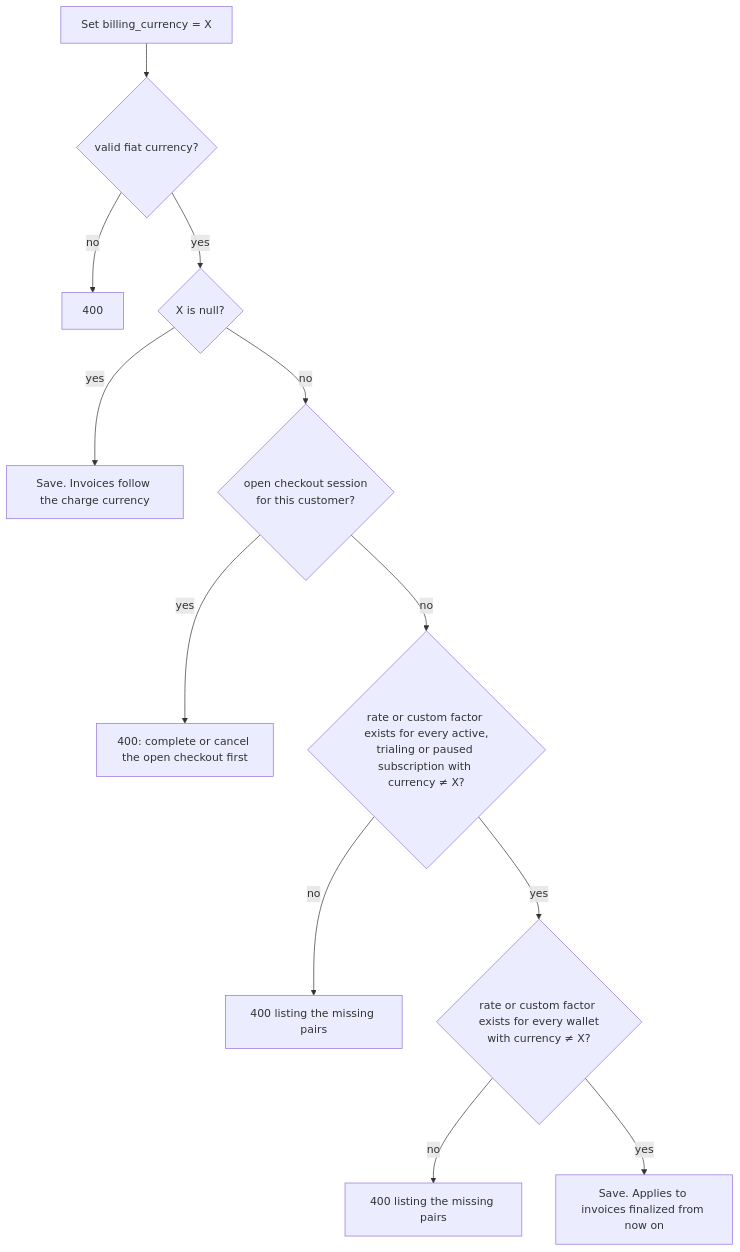
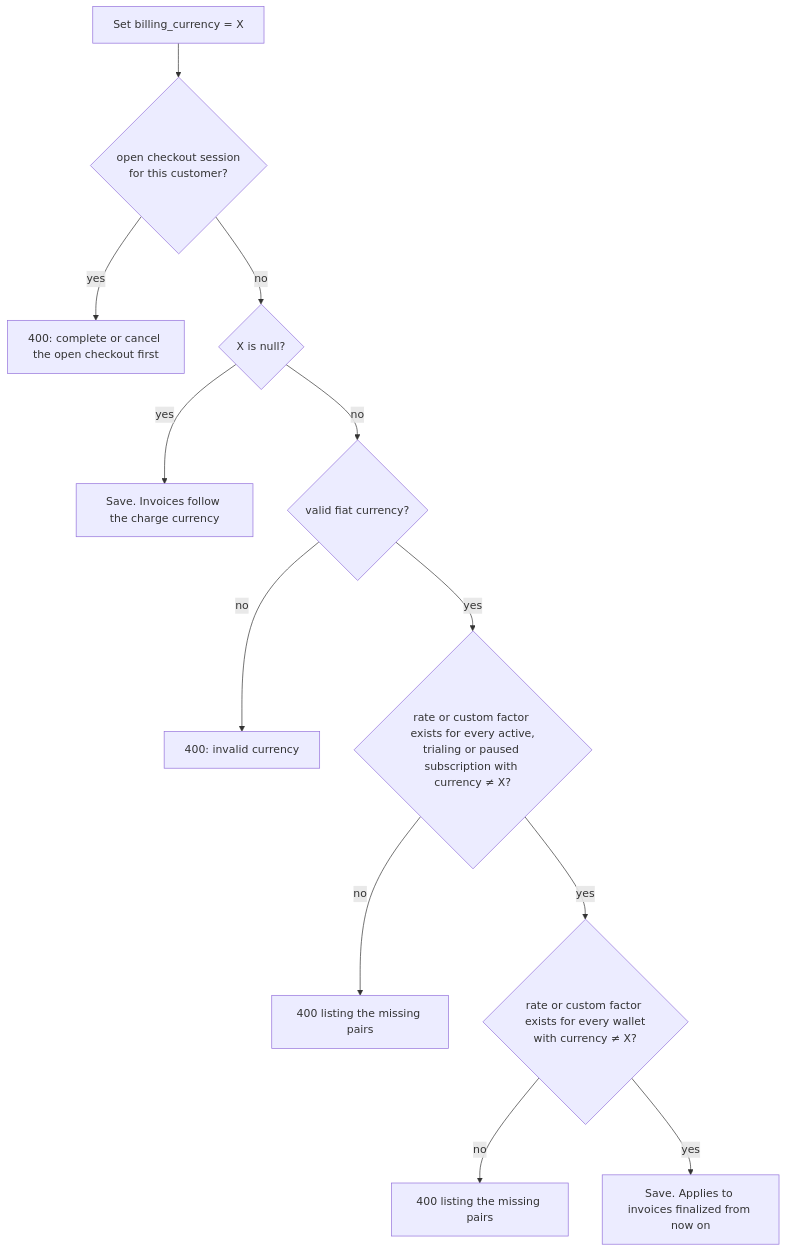
One commit to aghijap/flexprice-FLE-1411 changed the sixth of 7 diagrams in docs/design/2026-09-26-FLE-1383-adaptive-multi-currency-erd.md. Above: the diagram before and after it, drawn with Mermaid.

Commit message:
docs(FLE-1383): check null before validating the billing currency
The open-checkout check now runs first, so it covers clearing too.

````diff
--- a/docs/design/2026-09-26-FLE-1383-adaptive-multi-currency-erd.md
+++ b/docs/design/2026-09-26-FLE-1383-adaptive-multi-currency-erd.md
@@ -561,14 +561,14 @@
 ```mermaid
 flowchart TD
-    A["Set billing_currency = X"] --> V{"valid fiat currency?"}
-    V -- no --> R1["400"]
-    V -- yes --> N{"X is null?"}
+    A["Set billing_currency = X"] --> OC{"open checkout session<br/>for this customer?"}
+    OC -- yes --> R0["400: complete or cancel the open checkout first"]
+    OC -- no --> N{"X is null?"}
     N -- yes --> OK["Save. Invoices follow the charge currency"]
-    N -- no --> OC{"open checkout session<br/>for this customer?"}
-    OC -- yes --> R0["400: complete or cancel the open checkout first"]
-    OC -- no --> S{"rate or custom factor exists for every active,<br/>trialing or paused subscription with currency ≠ X?"}
+    N -- no --> V{"valid fiat currency?"}
+    V -- no --> R1["400: invalid currency"]
+    V -- yes --> S{"rate or custom factor exists for every active,<br/>trialing or paused subscription with currency ≠ X?"}
     S -- no --> R2["400 listing the missing pairs"]
     S -- yes --> W{"rate or custom factor exists for every wallet<br/>with currency ≠ X?"}
     W -- no --> R3["400 listing the missing pairs"]
     W -- yes --> SAVE["Save. Applies to invoices finalized from now on"]
 ```
````
